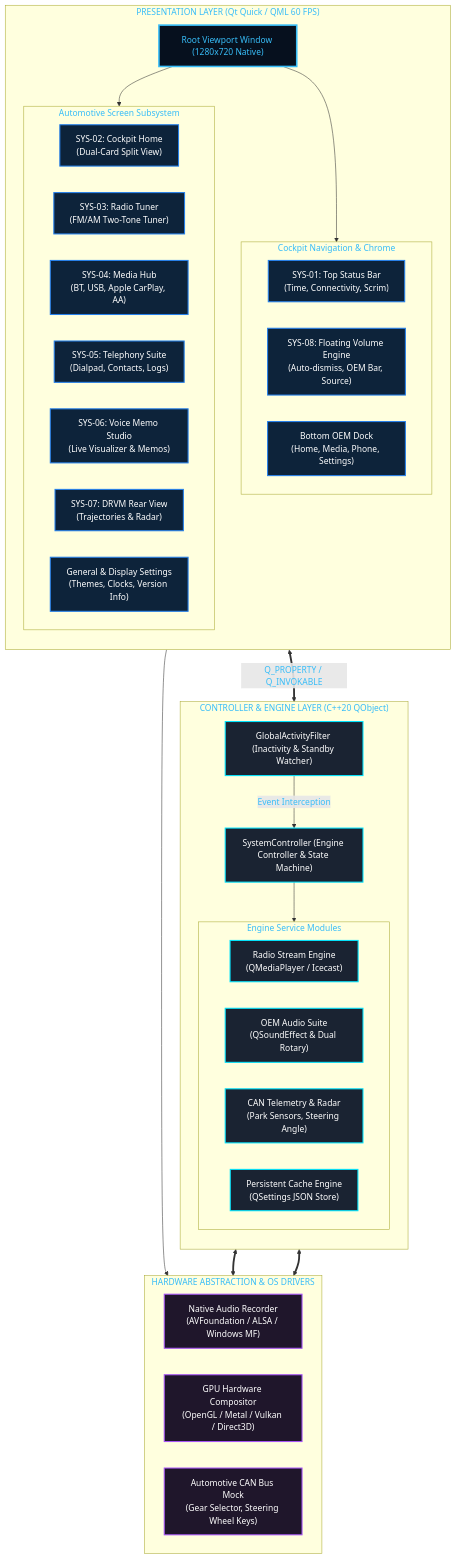
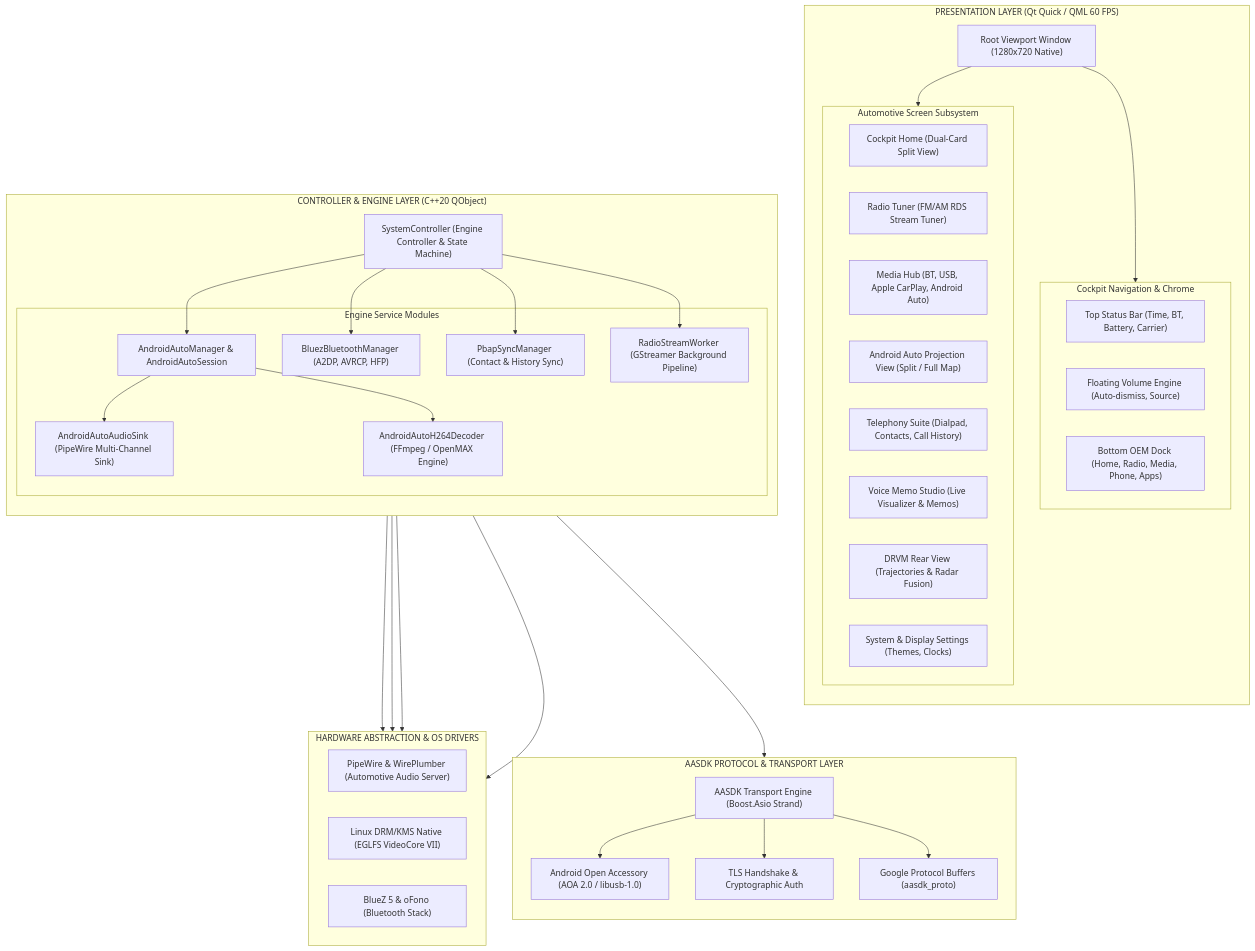
The diagram in README.md (skrehanahamed/Apex_MidEnd_IVI), drawn with Mermaid before and after one commit. The commit also changed other lines of this file and 43 other files, not shown here.

Commit message:
feat(android-auto): native AASDK integration, dual projection modes, PipeWire audio arbitration and USB reset

````diff
--- a/README.md
+++ b/README.md
@@ -37,65 +72,73 @@
 ```mermaid
 flowchart TB
     subgraph PresentationLayer["PRESENTATION LAYER (Qt Quick / QML 60 FPS)"]
         direction TB
         RootWindow["Root Viewport Window (1280x720 Native)"]
         
         subgraph UIChrome["Cockpit Navigation & Chrome"]
-            SYS01["SYS-01: Top Status Bar<br/>(Time, Connectivity, Scrim)"]
-            SYS08["SYS-08: Floating Volume Engine<br/>(Auto-dismiss, OEM Bar, Source)"]
-            BottomDock["Bottom OEM Dock<br/>(Home, Media, Phone, Settings)"]
+            SYS01["Top Status Bar (Time, BT, Battery, Carrier)"]
+            SYS08["Floating Volume Engine (Auto-dismiss, Source)"]
+            BottomDock["Bottom OEM Dock (Home, Radio, Media, Phone, Apps)"]
         end
         
         subgraph ScreenStack["Automotive Screen Subsystem"]
-            HomeScreen["SYS-02: Cockpit Home<br/>(Dual-Card Split View)"]
-            RadioScreen["SYS-03: Radio Tuner<br/>(FM/AM Two-Tone Tuner)"]
-            MediaScreen["SYS-04: Media Hub<br/>(BT, USB, Apple CarPlay, AA)"]
-            PhoneScreen["SYS-05: Telephony Suite<br/>(Dialpad, Contacts, Logs)"]
-            VoiceScreen["SYS-06: Voice Memo Studio<br/>(Live Visualizer & Memos)"]
-            DRVMScreen["SYS-07: DRVM Rear View<br/>(Trajectories & Radar)"]
-            SettingsScreen["General & Display Settings<br/>(Themes, Clocks, Version Info)"]
+            HomeScreen["Cockpit Home (Dual-Card Split View)"]
+            RadioScreen["Radio Tuner (FM/AM RDS Stream Tuner)"]
+            MediaScreen["Media Hub (BT, USB, Apple CarPlay, Android Auto)"]
+            AAScreen["Android Auto Projection View (Split / Full Map)"]
+            PhoneScreen["Telephony Suite (Dialpad, Contacts, Call History)"]
+            VoiceScreen["Voice Memo Studio (Live Visualizer & Memos)"]
+            DRVMScreen["DRVM Rear View (Trajectories & Radar Fusion)"]
+            SettingsScreen["System & Display Settings (Themes, Clocks)"]
         end
         
         RootWindow --> UIChrome
         RootWindow --> ScreenStack
     end
 
     subgraph ControllerLayer["CONTROLLER & ENGINE LAYER (C++20 QObject)"]
         direction TB
         SystemCtrl["SystemController (Engine Controller & State Machine)"]
-        ActivityFilter["GlobalActivityFilter (Inactivity & Standby Watcher)"]
         
         subgraph SubControllers["Engine Service Modules"]
-            RadioEngine["Radio Stream Engine<br/>(QMediaPlayer / Icecast)"]
-            AudioSuite["OEM Audio Suite<br/>(QSoundEffect & Dual Rotary)"]
-            TelemetryEngine["CAN Telemetry & Radar<br/>(Park Sensors, Steering Angle)"]
-            SettingsStore["Persistent Cache Engine<br/>(QSettings JSON Store)"]
+            AAManager["AndroidAutoManager & AndroidAutoSession"]
+            BluezManager["BluezBluetoothManager (A2DP, AVRCP, HFP)"]
+            PbapSync["PbapSyncManager (Contact & History Sync)"]
+            RadioWorker["RadioStreamWorker (GStreamer Background Pipeline)"]
+            AudioSink["AndroidAutoAudioSink (PipeWire Multi-Channel Sink)"]
+            H264Decoder["AndroidAutoH264Decoder (FFmpeg / OpenMAX Engine)"]
         end
         
-        SystemCtrl --> SubControllers
+        SystemCtrl --> AAManager
+        SystemCtrl --> BluezManager
+        SystemCtrl --> PbapSync
+        SystemCtrl --> RadioWorker
+        AAManager --> AudioSink
+        AAManager --> H264Decoder
+    end
+
+    subgraph AASDKProtocol["AASDK PROTOCOL & TRANSPORT LAYER"]
+        direction TB
+        AASDKCore["AASDK Transport Engine (Boost.Asio Strand)"]
+        AOA["Android Open Accessory (AOA 2.0 / libusb-1.0)"]
+        OpenSSL["TLS Handshake & Cryptographic Auth"]
+        Protobuf["Google Protocol Buffers (aasdk_proto)"]
+        
+        AAManager --> AASDKCore
+        AASDKCore --> AOA
+        AASDKCore --> OpenSSL
+        AASDKCore --> Protobuf
     end
 
     subgraph PlatformLayer["HARDWARE ABSTRACTION & OS DRIVERS"]
         direction LR
-        NativeAudio["Native Audio Recorder<br/>(AVFoundation / ALSA / Windows MF)"]
-        DisplayDriver["GPU Hardware Compositor<br/>(OpenGL / Metal / Vulkan / Direct3D)"]
-        CANInterface["Automotive CAN Bus Mock<br/>(Gear Selector, Steering Wheel Keys)"]
+        PipeWire["PipeWire & WirePlumber (Automotive Audio Server)"]
+        DRMKMS["Linux DRM/KMS Native (EGLFS VideoCore VII)"]
+        Bluez["BlueZ 5 & oFono (Bluetooth Stack)"]
     end
 
-    %% Bindings & Signals
-    PresentationLayer <==>|Q_PROPERTY / Q_INVOKABLE| SystemCtrl
-    ActivityFilter -->|Event Interception| SystemCtrl
-    SystemCtrl <==> NativeAudio
-    SystemCtrl <==> CANInterface
-    PresentationLayer --> DisplayDriver
-
-    classDef qml fill:#0d233a,stroke:#2680eb,stroke-width:2px,color:#ffffff;
-    classDef cpp fill:#1a2332,stroke:#00e5ff,stroke-width:2px,color:#ffffff;
-    classDef hal fill:#1f162b,stroke:#a855f7,stroke-width:2px,color:#ffffff;
-    classDef root fill:#06101e,stroke:#38bdf8,stroke-width:3px,color:#38bdf8;
-
-    class RootWindow root;
-    class SYS01,SYS08,BottomDock,HomeScreen,RadioScreen,MediaScreen,PhoneScreen,VoiceScreen,DRVMScreen,SettingsScreen qml;
-    class SystemCtrl,ActivityFilter,RadioEngine,AudioSuite,TelemetryEngine,SettingsStore cpp;
-    class NativeAudio,DisplayDriver,CANInterface hal;
+    RadioWorker --> PipeWire
+    AudioSink --> PipeWire
+    H264Decoder --> DRMKMS
+    BluezManager --> Bluez
 ```
````
